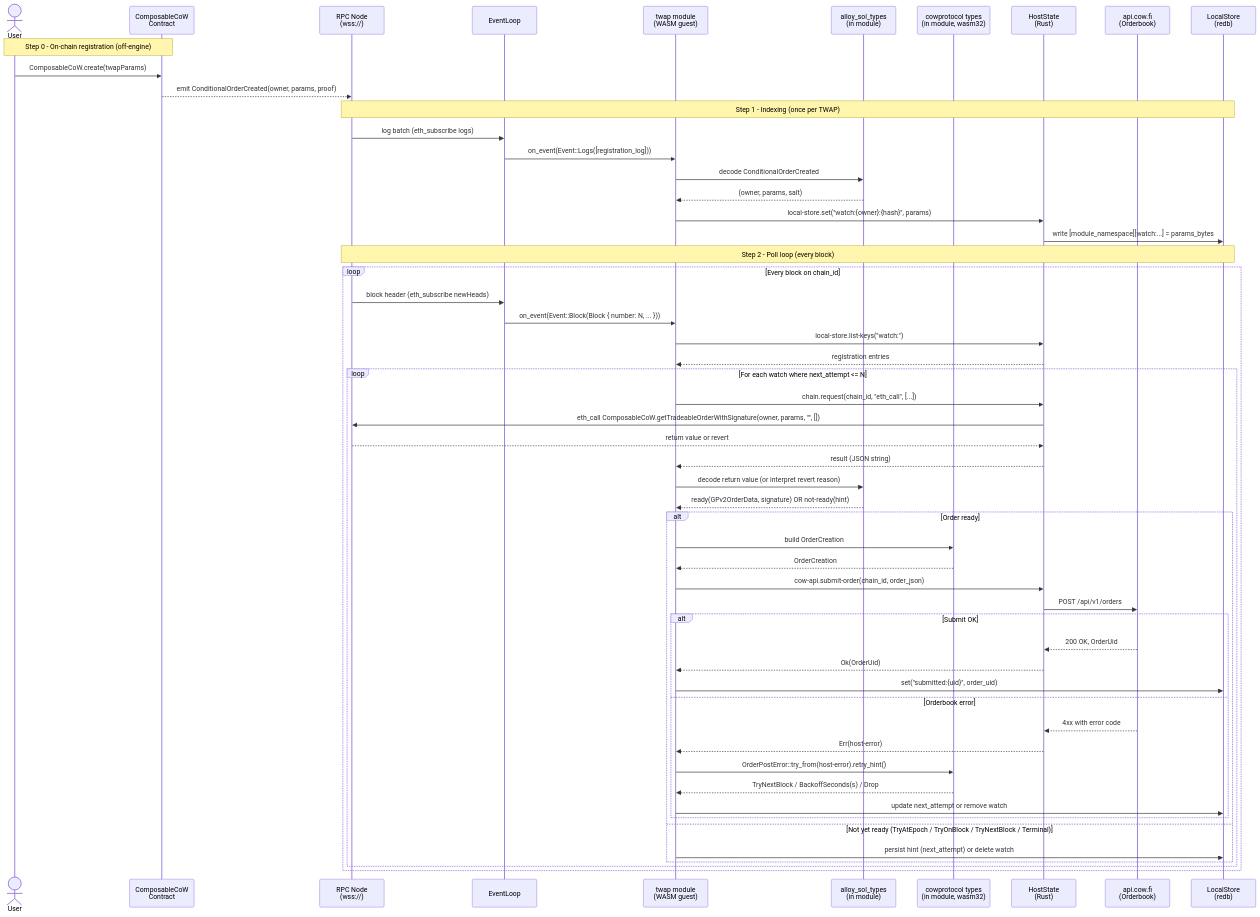
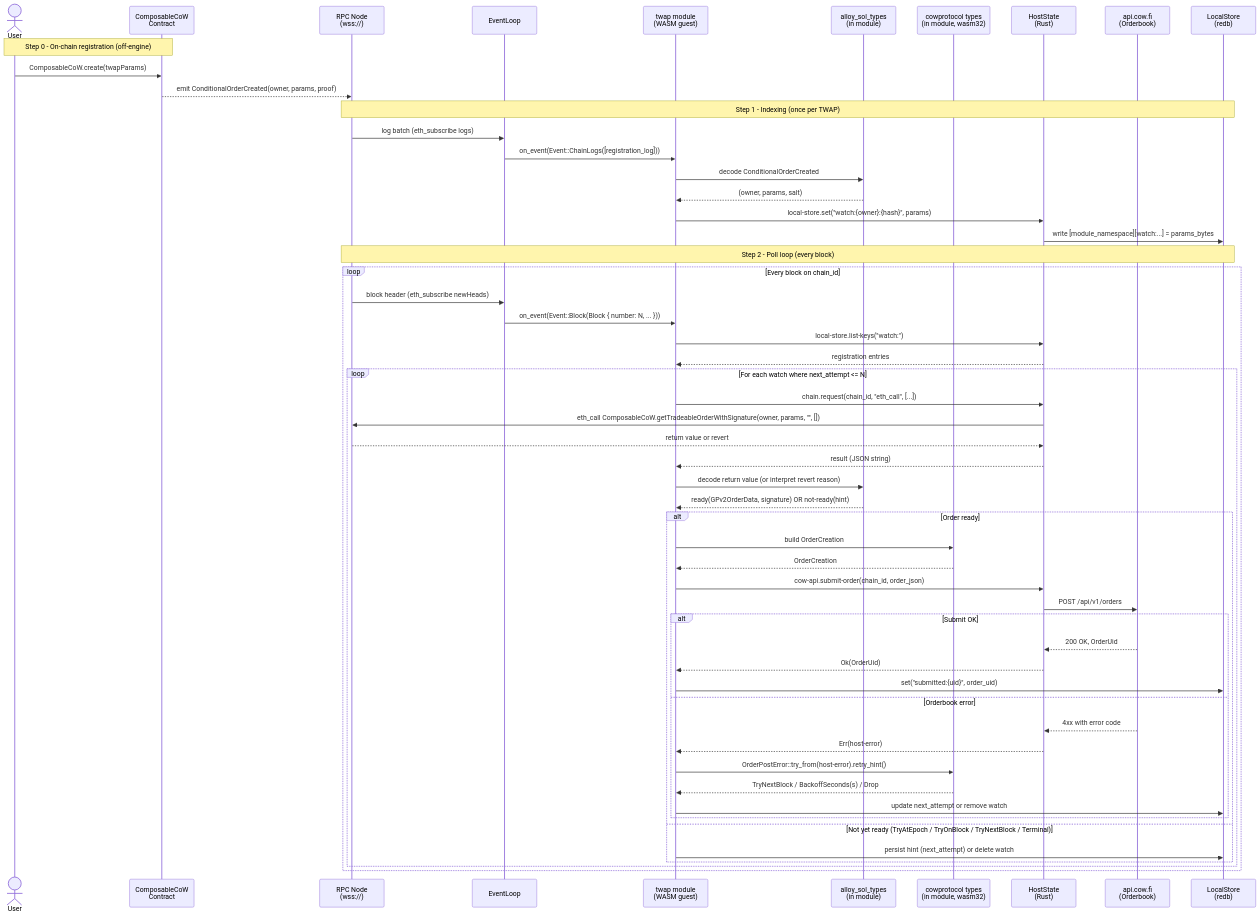
The fifth of 8 diagrams in docs/diagrams/diagrams.md (nullislabs/shepherd), drawn with Mermaid before and after one commit. The commit also changed other lines of this file and 42 other files, not shown here.

First line of the commit message:
refactor(events): rename the eth log event to chain-log (#185)

````diff
--- a/docs/diagrams/diagrams.md
+++ b/docs/diagrams/diagrams.md
@@ -247,62 +247,62 @@
 ```mermaid
 sequenceDiagram
     actor User
     participant CC as ComposableCoW<br/>Contract
     participant RPC as RPC Node<br/>(wss://)
     participant EL as EventLoop
     participant TM as twap module<br/>(WASM guest)
     participant SD as alloy_sol_types<br/>(in module)
     participant CR as cowprotocol types<br/>(in module, wasm32)
     participant HS as HostState<br/>(Rust)
     participant OB as api.cow.fi<br/>(Orderbook)
     participant LS as LocalStore<br/>(redb)
 
     Note over User,CC: Step 0 - On-chain registration (off-engine)
     User->>CC: ComposableCoW.create(twapParams)
     CC-->>RPC: emit ConditionalOrderCreated(owner, params, proof)
 
     Note over RPC,LS: Step 1 - Indexing (once per TWAP)
     RPC->>EL: log batch (eth_subscribe logs)
-    EL->>TM: on_event(Event::Logs([registration_log]))
+    EL->>TM: on_event(Event::ChainLogs([registration_log]))
     TM->>SD: decode ConditionalOrderCreated
     SD-->>TM: (owner, params, salt)
     TM->>HS: local-store.set("watch:{owner}:{hash}", params)
     HS->>LS: write [module_namespace][watch:...] = params_bytes
 
     Note over RPC,LS: Step 2 - Poll loop (every block)
     loop Every block on chain_id
         RPC->>EL: block header (eth_subscribe newHeads)
         EL->>TM: on_event(Event::Block(Block { number: N, ... }))
         TM->>HS: local-store.list-keys("watch:")
         HS-->>TM: registration entries
 
         loop For each watch where next_attempt <= N
             TM->>HS: chain.request(chain_id, "eth_call", [...])
             HS->>RPC: eth_call ComposableCoW.getTradeableOrderWithSignature(owner, params, "", [])
             RPC-->>HS: return value or revert
             HS-->>TM: result (JSON string)
             TM->>SD: decode return value (or interpret revert reason)
             SD-->>TM: ready(GPv2OrderData, signature) OR not-ready(hint)
 
             alt Order ready
                 TM->>CR: build OrderCreation
                 CR-->>TM: OrderCreation
                 TM->>HS: cow-api.submit-order(chain_id, order_json)
                 HS->>OB: POST /api/v1/orders
                 alt Submit OK
                     OB-->>HS: 200 OK, OrderUid
                     HS-->>TM: Ok(OrderUid)
                     TM->>LS: set("submitted:{uid}", order_uid)
                 else Orderbook error
                     OB-->>HS: 4xx with error code
                     HS-->>TM: Err(host-error)
                     TM->>CR: OrderPostError::try_from(host-error).retry_hint()
                     CR-->>TM: TryNextBlock / BackoffSeconds(s) / Drop
                     TM->>LS: update next_attempt or remove watch
                 end
             else Not yet ready (TryAtEpoch / TryOnBlock / TryNextBlock / Terminal)
                 TM->>LS: persist hint (next_attempt) or delete watch
             end
         end
     end
 ```
````
